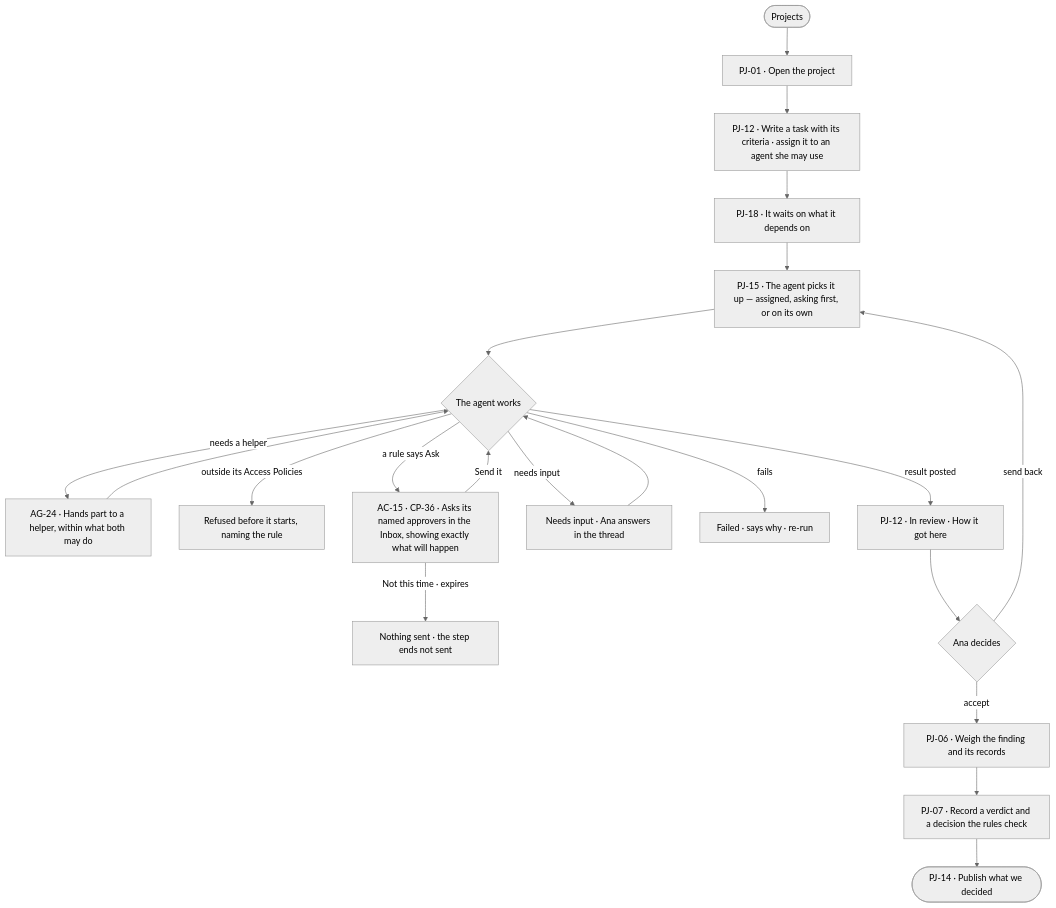
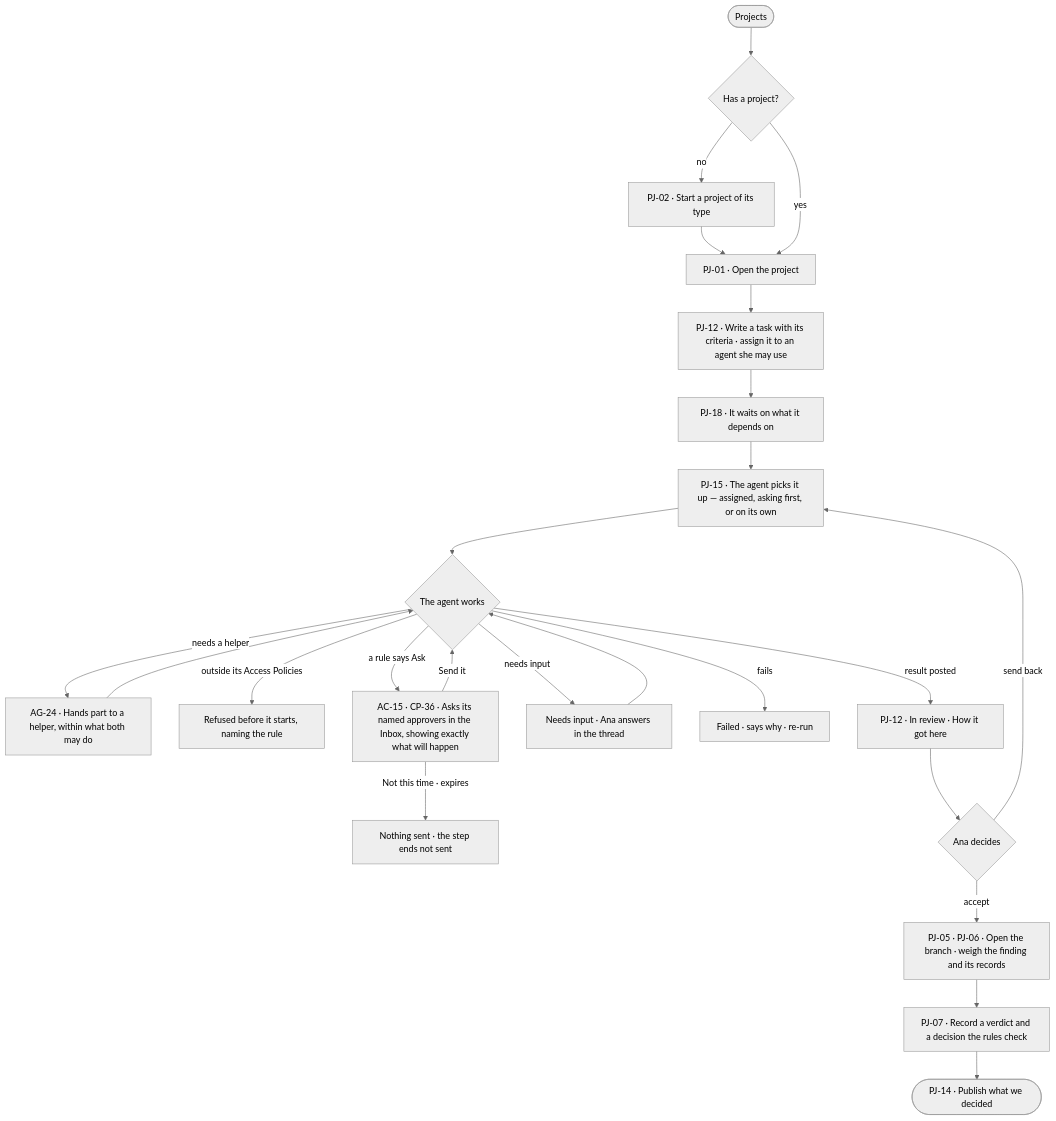
Before and after one commit to invana/invana: the diagram in specs/journeys/J03-give-an-agent-work-and-decide-on-the-result.md, drawn with Mermaid (neutral theme). The commit also changed other lines of this file and 156 other files, not shown here.

Commit message:
wip(platform-design-3): P02 · steps 1-4 — section 4, E2E sweep, merges, flow boards, journeys

````diff
--- a/specs/journeys/J03-give-an-agent-work-and-decide-on-the-result.md
+++ b/specs/journeys/J03-give-an-agent-work-and-decide-on-the-result.md
@@ -16,21 +16,23 @@
 ```mermaid
 flowchart TD
-  A([Projects]) --> B["PJ-01 · Open the project"]
+  A([Projects]) --> A0{"Has a project?"}
+  A0 -->|no| A1["PJ-02 · Start a project of its type"] --> B
+  A0 -->|yes| B["PJ-01 · Open the project"]
   B --> D["PJ-12 · Write a task with its criteria · assign it to an agent she may use"]
   D --> D2["PJ-18 · It waits on what it depends on"]
   D2 --> E["PJ-15 · The agent picks it up — assigned, asking first, or on its own"]
   E --> F{"The agent works"}
   F -->|needs a helper| G["AG-24 · Hands part to a helper, within what both may do"] --> F
   F -->|outside its Access Policies| R["Refused before it starts, naming the rule"]
   F -->|a rule says Ask| H["AC-15 · CP-36 · Asks its named approvers in the Inbox, showing exactly what will happen"]
   H -->|Send it| F
   H -->|Not this time · expires| F2["Nothing sent · the step ends not sent"]
   F -->|needs input| NI["Needs input · Ana answers in the thread"] --> F
   F -->|fails| FL["Failed · says why · re-run"]
   F -->|result posted| I["PJ-12 · In review · How it got here"]
   I --> J{"Ana decides"}
   J -->|send back| E
-  J -->|accept| K["PJ-06 · Weigh the finding and its records"]
+  J -->|accept| K["PJ-05 · PJ-06 · Open the branch · weigh the finding and its records"]
   K --> L["PJ-07 · Record a verdict and a decision the rules check"]
   L --> M(["PJ-14 · Publish what we decided"])
 ```
````
